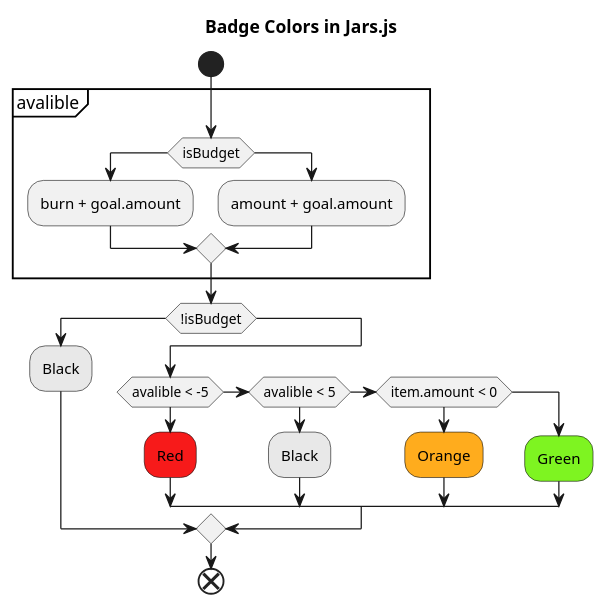
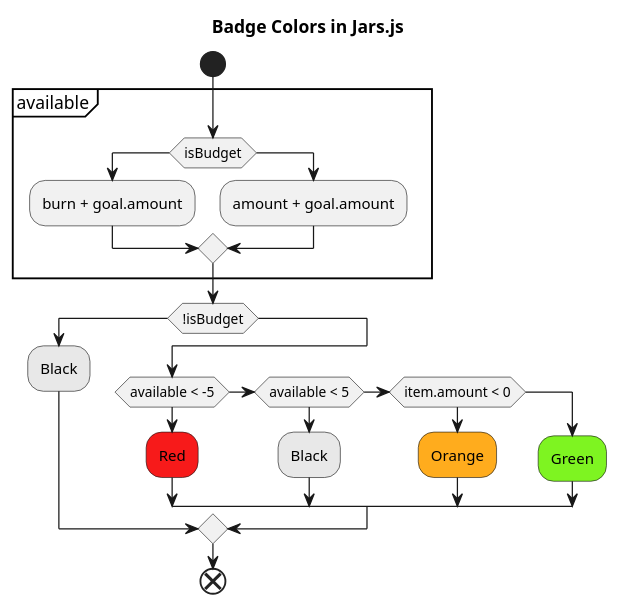
One commit to lil5/jam-budget-mobile changed the diagram in docs/uml/colors-home-badges.puml. Above: the diagram before and after it, drawn with PlantUML. The commit also changed 2 other files, not shown here.

Commit message:
Spelling check available

```diff
--- a/docs/uml/colors-home-badges.puml
+++ b/docs/uml/colors-home-badges.puml
@@ -1,30 +1,30 @@
 @startuml
 
 title: Badge Colors in Jars.js
 
 start
-partition avalible {
+partition available {
   if (isBudget)
     :burn + goal.amount;
   else
     :amount + goal.amount;
   endif
 }
 
 if (!isBudget)
 #e8e8e8:Black;
 else
 
-if (avalible < -5)
+if (available < -5)
 #f71a1a:Red;
-else if (avalible < 5)
+else if (available < 5)
 #e8e8e8:Black;
 else if (item.amount < 0)
 #ffac1d:Orange;
 else
 #7ef421:Green;
 endif
 
 endif
 end
 @enduml
```
